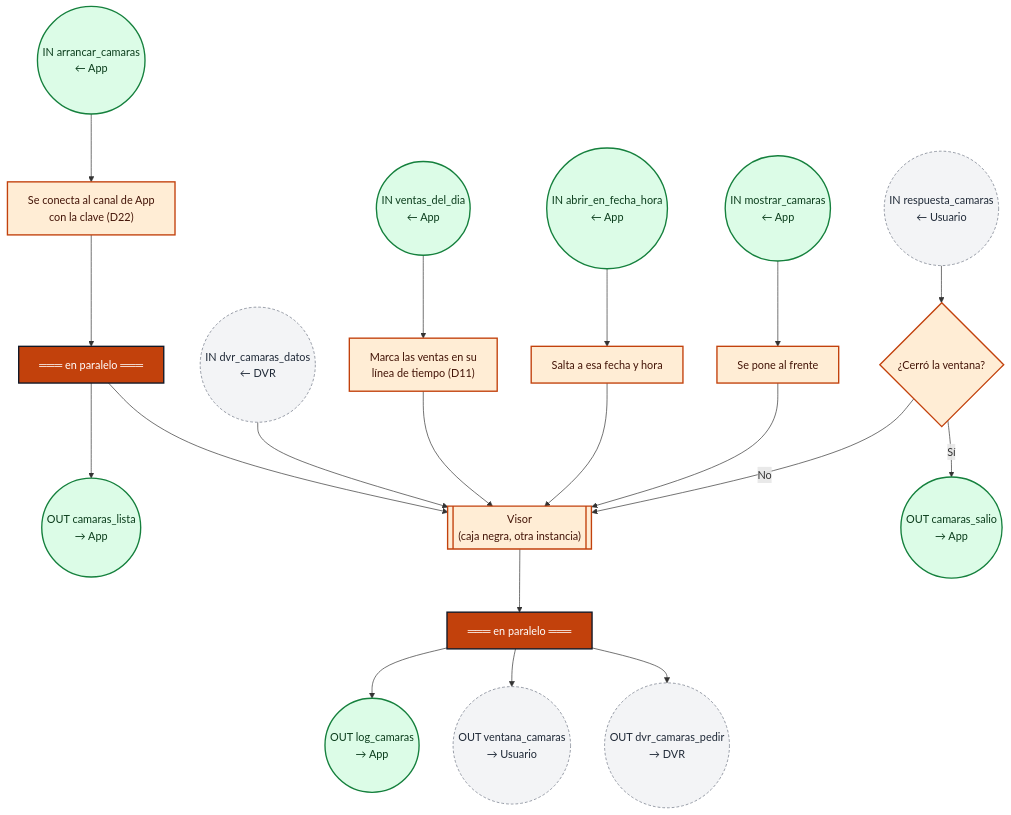
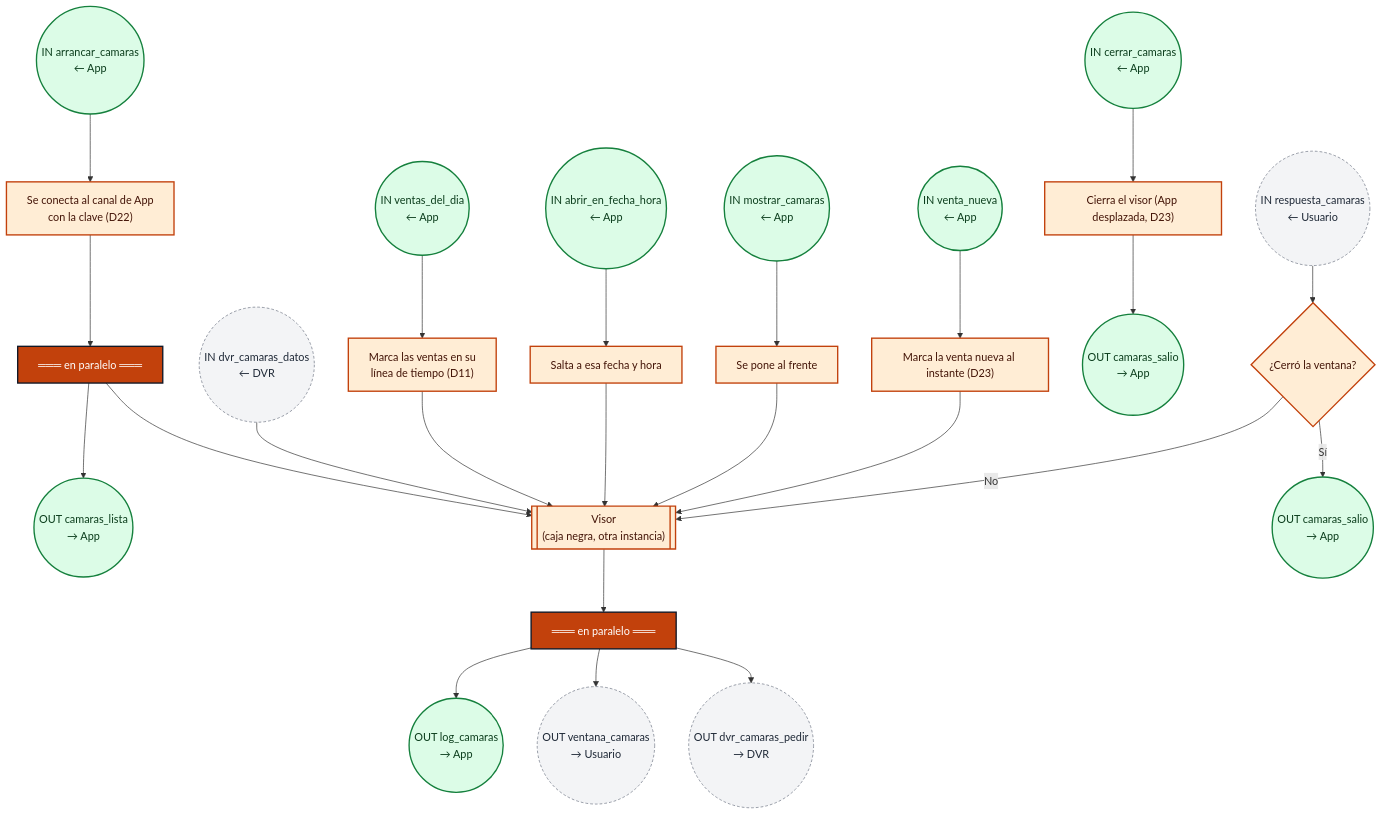
Before and after one commit to jesjack/sistema_ventas: the diagram in v_3/docs/diagramas/flujo_04_camera_viewer.mmd, drawn with Mermaid. The commit also changed 12 other files, not shown here.

```diff
--- a/v_3/docs/diagramas/flujo_04_camera_viewer.mmd
+++ b/v_3/docs/diagramas/flujo_04_camera_viewer.mmd
@@ -1,50 +1,59 @@
 %% chip: camera_viewer
 %% 4. camera_viewer: hijo de App (D22), caja negra por dentro, conectado por multiprocessing.connection. El orden interno es ilustrativo.
 flowchart TD
     iArr(("IN arrancar_camaras<br/>← App")):::app
     U1["Se conecta al canal de App<br/>con la clave (D22)"]
     PAR0["═══ en paralelo ═══"]:::par
     oLista(("OUT camaras_lista<br/>→ App")):::app
     M1[["Visor<br/>(caja negra, otra instancia)"]]
     PAR1["═══ en paralelo ═══"]:::par
     oLog(("OUT log_camaras<br/>→ App")):::app
     oVen(("OUT ventana_camaras<br/>→ Usuario")):::ext
     oDvrP(("OUT dvr_camaras_pedir<br/>→ DVR")):::ext
     iDvrD(("IN dvr_camaras_datos<br/>← DVR")):::ext
     iVentas(("IN ventas_del_dia<br/>← App")):::app
     M3["Marca las ventas en su<br/>línea de tiempo (D11)"]
     iFecha(("IN abrir_en_fecha_hora<br/>← App")):::app
     M2["Salta a esa fecha y hora"]
     iMostrar(("IN mostrar_camaras<br/>← App")):::app
     M4["Se pone al frente"]
+    iVN(("IN venta_nueva<br/>← App")):::app
+    M6["Marca la venta nueva al instante (D23)"]
+    iCerrar(("IN cerrar_camaras<br/>← App")):::app
+    M5["Cierra el visor (App desplazada, D23)"]
+    oSal2(("OUT camaras_salio<br/>→ App")):::app
     iResp(("IN respuesta_camaras<br/>← Usuario")):::ext
     D1{"¿Cerró la ventana?"}
     oSal(("OUT camaras_salio<br/>→ App")):::app
 
     iArr --> U1
     U1 --> PAR0
     PAR0 --> oLista
     PAR0 --> M1
     M1 --> PAR1
     PAR1 --> oLog
     PAR1 --> oVen
     PAR1 --> oDvrP
     iDvrD --> M1
     iVentas --> M3
     M3 --> M1
     iFecha --> M2
     M2 --> M1
     iMostrar --> M4
     M4 --> M1
+    iVN --> M6
+    M6 --> M1
+    iCerrar --> M5
+    M5 --> oSal2
     iResp --> D1
     D1 -- "No" --> M1
     D1 -- "Sí" --> oSal
 
     classDef default fill:#ffedd5,stroke:#c2410c,color:#431407,stroke-width:2px
     classDef par fill:#c2410c,stroke:#111827,color:#ffffff,stroke-width:2px
     classDef app fill:#dcfce7,stroke:#15803d,color:#0b3d1c,stroke-width:2px
     classDef sof fill:#dbeafe,stroke:#1d4ed8,color:#0b1f4d,stroke-width:2px
     classDef bas fill:#fef9c3,stroke:#a16207,color:#422006,stroke-width:2px
     classDef uno fill:#ccfbf1,stroke:#0f766e,color:#042f2e,stroke-width:2px
     classDef cam fill:#ffedd5,stroke:#c2410c,color:#431407,stroke-width:2px
     classDef ext fill:#f3f4f6,stroke:#6b7280,color:#1f2937,stroke-width:1px,stroke-dasharray:4 3
```
